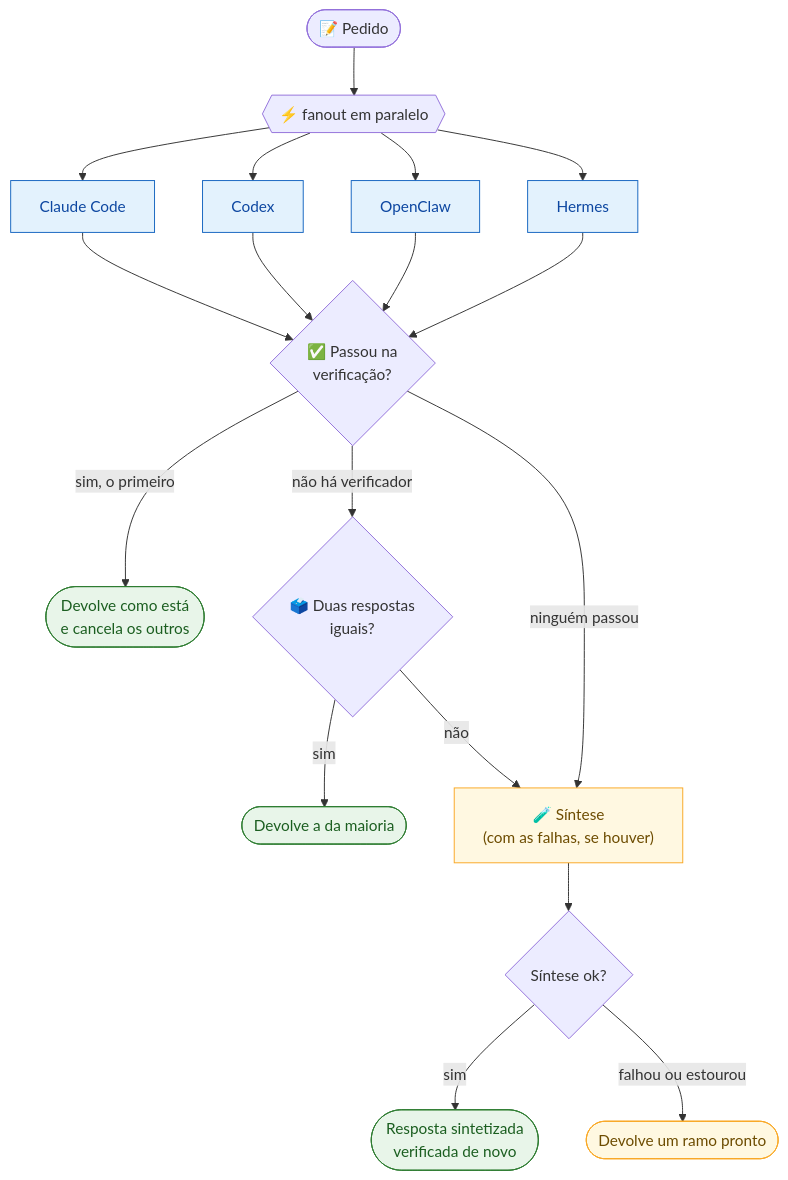
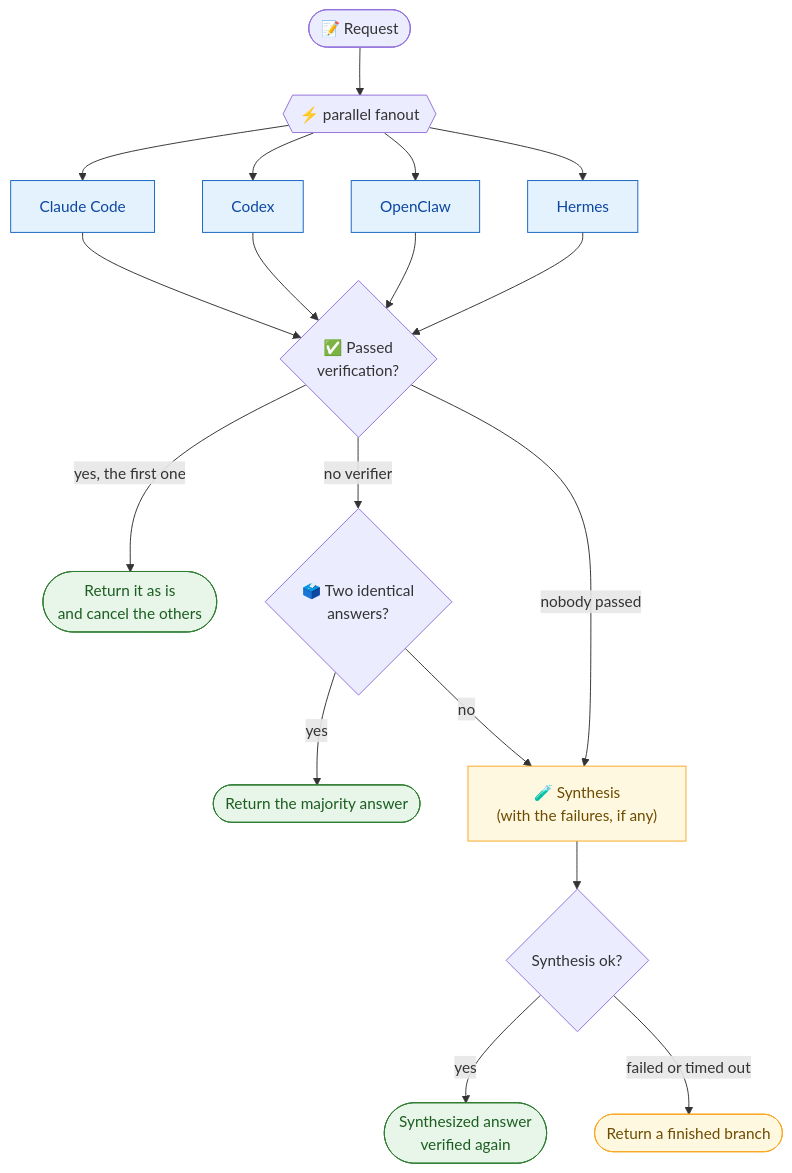
One commit to dheiver2/tessera changed the diagram in README.md. Above: the diagram before and after it, drawn with Mermaid. The commit also changed other lines of this file, not shown here.

````diff
--- a/README.md
+++ b/README.md
@@ -115,26 +120,26 @@
 ```mermaid
 flowchart TD
-    P([📝 Pedido]) --> F{{⚡ fanout em paralelo}}
+    P([📝 Request]) --> F{{⚡ parallel fanout}}
     F --> C1[Claude Code]
     F --> C2[Codex]
     F --> C3[OpenClaw]
     F --> C4[Hermes]
 
-    C1 & C2 & C3 & C4 --> V{"✅ Passou na<br/>verificação?"}
+    C1 & C2 & C3 & C4 --> V{"✅ Passed<br/>verification?"}
 
-    V -- "sim, o primeiro" --> R1([Devolve como está<br/>e cancela os outros])
-    V -- "não há verificador" --> M{"🗳️ Duas respostas<br/>iguais?"}
-    M -- sim --> R2([Devolve a da maioria])
-    M -- não --> S["🧪 Síntese<br/>(com as falhas, se houver)"]
-    V -- "ninguém passou" --> S
-    S --> SV{"Síntese ok?"}
-    SV -- sim --> R3([Resposta sintetizada<br/>verificada de novo])
-    SV -- "falhou ou estourou" --> R4([Devolve um ramo pronto])
+    V -- "yes, the first one" --> R1([Return it as is<br/>and cancel the others])
+    V -- "no verifier" --> M{"🗳️ Two identical<br/>answers?"}
+    M -- yes --> R2([Return the majority answer])
+    M -- no --> S["🧪 Synthesis<br/>(with the failures, if any)"]
+    V -- "nobody passed" --> S
+    S --> SV{"Synthesis ok?"}
+    SV -- yes --> R3([Synthesized answer<br/>verified again])
+    SV -- "failed or timed out" --> R4([Return a finished branch])
 
     classDef ok fill:#e8f5e9,stroke:#2e7d32,color:#1b5e20
     classDef warn fill:#fff8e1,stroke:#f9a825,color:#6d4c00
     classDef agent fill:#e3f2fd,stroke:#1565c0,color:#0d47a1
     class R1,R2,R3 ok
     class S,R4 warn
     class C1,C2,C3,C4 agent
 ```
````
